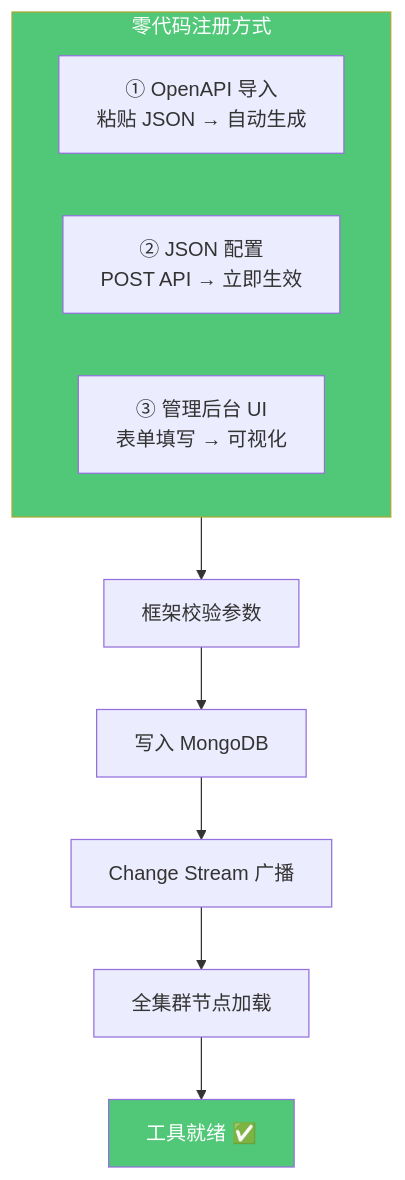
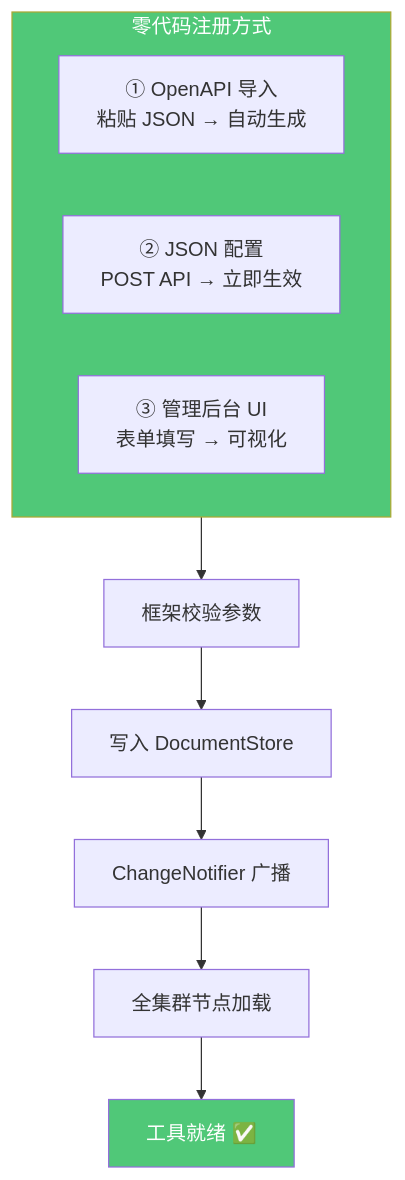
The tenth of 20 diagrams in doc/DESIGN.md (heelynn/artipivot), drawn with Mermaid before and after one commit. The commit also changed other lines of this file and 58 other files, not shown here.

````diff
--- a/doc/DESIGN.md
+++ b/doc/DESIGN.md
@@ -1075,18 +1075,18 @@
 ```mermaid
 flowchart TD
     subgraph NoCode["零代码注册方式"]
         direction LR
         N1["① OpenAPI 导入<br/>粘贴 JSON → 自动生成"]
         N2["② JSON 配置<br/>POST API → 立即生效"]
         N3["③ 管理后台 UI<br/>表单填写 → 可视化"]
     end
 
     NoCode --> Validate["框架校验参数"]
-    Validate --> Mongo["写入 MongoDB"]
-    Mongo --> Stream["Change Stream 广播"]
+    Validate --> Store["写入 DocumentStore"]
+    Store --> Stream["ChangeNotifier 广播"]
     Stream --> Nodes["全集群节点加载"]
     Nodes --> Ready["工具就绪 ✅"]
 
     style NoCode fill:#50C878,color:#fff
     style Ready fill:#50C878,color:#fff
 ```
````
